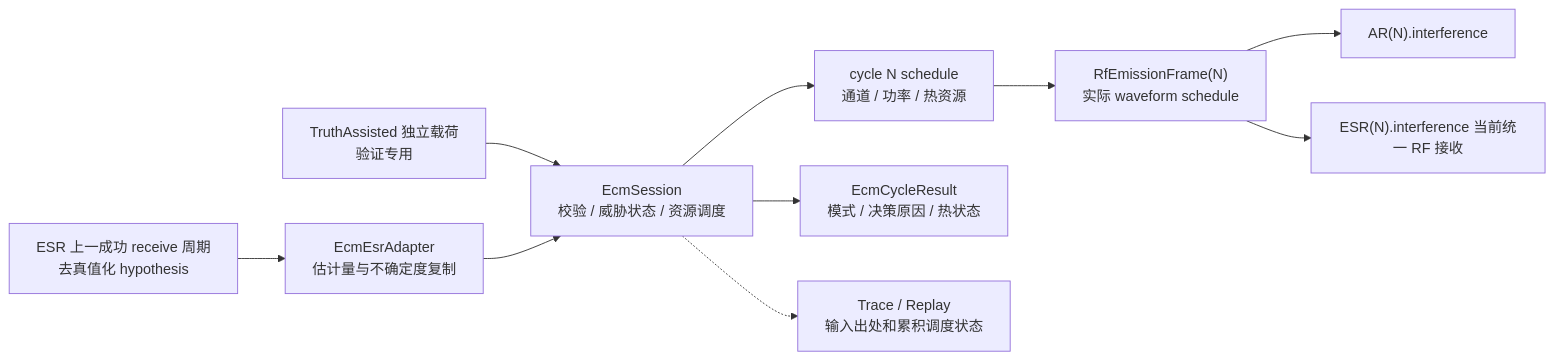
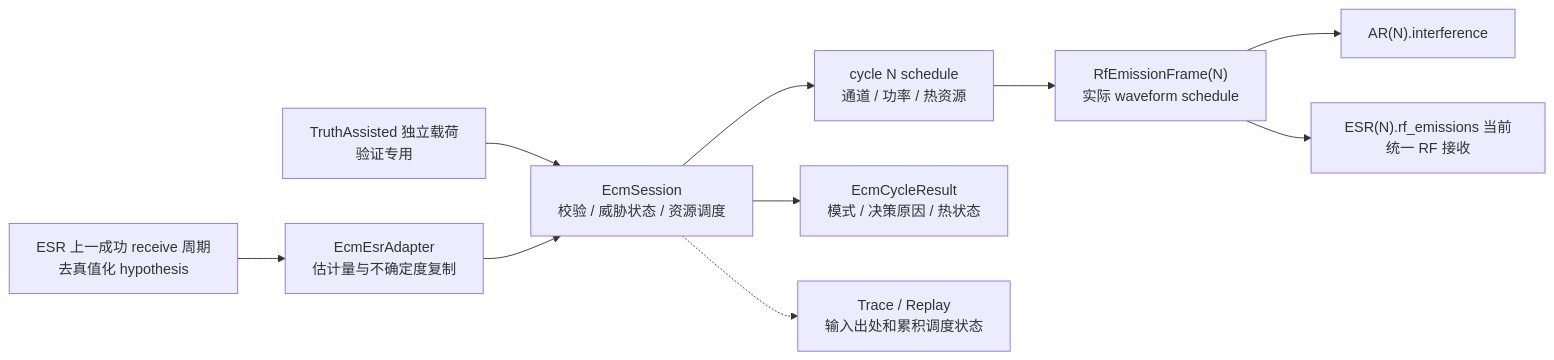
Before and after one commit to boilwater-3/1q: the diagram in docs/electronic_countermeasure/design.md, drawn with Mermaid. The commit also changed other lines of this file and 36 other files, not shown here.

````diff
--- a/docs/electronic_countermeasure/design.md
+++ b/docs/electronic_countermeasure/design.md
@@ -17,12 +17,12 @@
 ```mermaid
 flowchart LR
   ESR["ESR 上一成功 receive 周期\n去真值化 hypothesis"] --> Adapter["EcmEsrAdapter\n估计量与不确定度复制"]
   Truth["TruthAssisted 独立载荷\n验证专用"] --> Session["EcmSession\n校验 / 威胁状态 / 资源调度"]
   Adapter --> Session
   Session --> Scheduler["cycle N schedule\n通道 / 功率 / 热资源"]
   Scheduler --> Raw["RfEmissionFrame(N)\n实际 waveform schedule"]
   Raw --> AR["AR(N).interference"]
   Session --> Result["EcmCycleResult\n模式 / 决策原因 / 热状态"]
-  Raw --> ESR2["ESR(N).interference 当前统一 RF 接收"]
+  Raw --> ESR2["ESR(N).rf_emissions 当前统一 RF 接收"]
   Session -.-> Trace["Trace / Replay\n输入出处和累积调度状态"]
 ```
````
